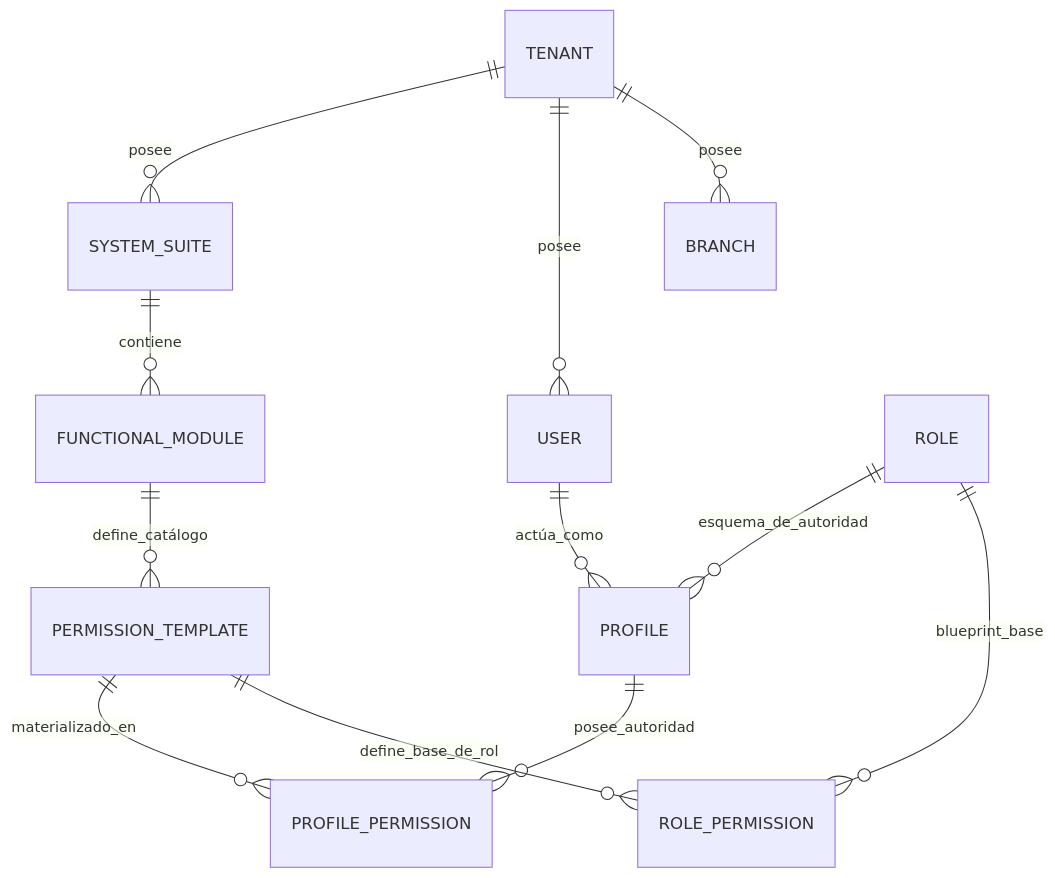
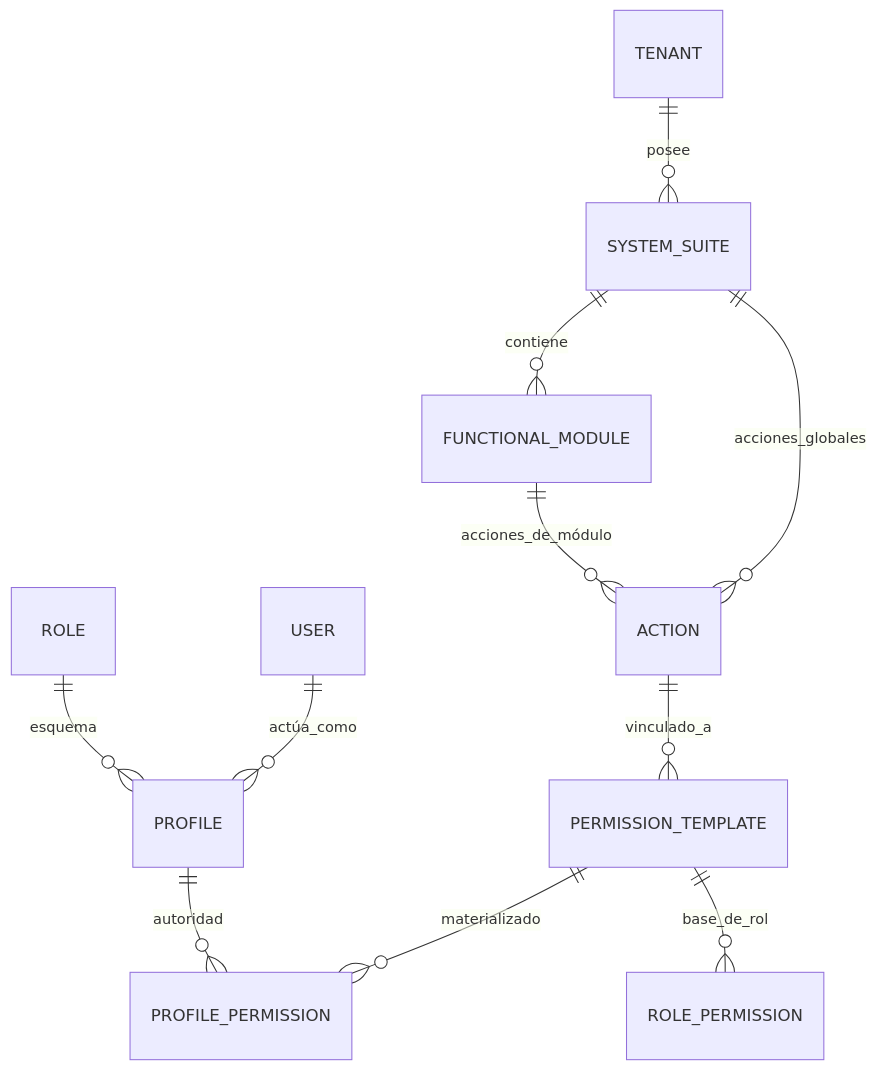
One commit to beyondnetcode/ums changed the first of 3 diagrams in architecture/blueprints-es/database-design-er.md. Above: the diagram before and after it, drawn with Mermaid. The commit also changed other lines of this file and 4 other files, not shown here.

````diff
--- a/architecture/blueprints-es/database-design-er.md
+++ b/architecture/blueprints-es/database-design-er.md
@@ -40,18 +27,16 @@
 ```mermaid
 erDiagram
     TENANT ||--o{ SYSTEM_SUITE : "posee"
-    TENANT ||--o{ USER : "posee"
-    TENANT ||--o{ BRANCH : "posee"
+    SYSTEM_SUITE ||--o{ FUNCTIONAL_MODULE : "contiene"
+    SYSTEM_SUITE ||--o{ ACTION : "acciones_globales"
+    FUNCTIONAL_MODULE ||--o{ ACTION : "acciones_de_módulo"
     
-    SYSTEM_SUITE ||--o{ FUNCTIONAL_MODULE : "contiene"
-    FUNCTIONAL_MODULE ||--o{ PERMISSION_TEMPLATE : "define_catálogo"
-    
-    PERMISSION_TEMPLATE ||--o{ PROFILE_PERMISSION : "materializado_en"
+    ACTION ||--o{ PERMISSION_TEMPLATE : "vinculado_a"
+    PERMISSION_TEMPLATE ||--o{ PROFILE_PERMISSION : "materializado"
     
     USER ||--o{ PROFILE : "actúa_como"
-    PROFILE ||--o{ PROFILE_PERMISSION : "posee_autoridad"
+    PROFILE ||--o{ PROFILE_PERMISSION : "autoridad"
     
-    ROLE ||--o{ PROFILE : "esquema_de_autoridad"
-    ROLE ||--o{ ROLE_PERMISSION : "blueprint_base"
-    PERMISSION_TEMPLATE ||--o{ ROLE_PERMISSION : "define_base_de_rol"
+    ROLE ||--o{ PROFILE : "esquema"
+    PERMISSION_TEMPLATE ||--o{ ROLE_PERMISSION : "base_de_rol"
 ```
````
